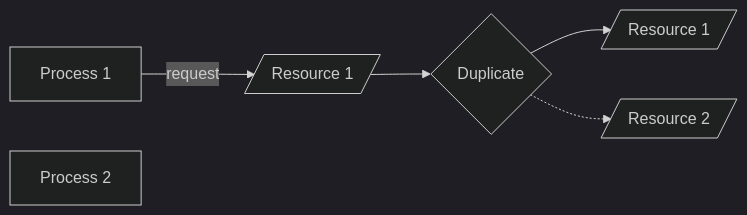
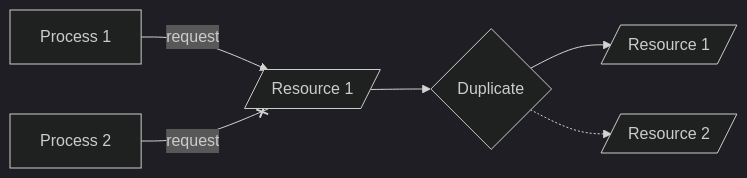
The fifth of 7 diagrams in master-blog/artifact/bu/575/research/Paper.md (SiegeSailor/vault-personal), drawn with Mermaid (dark theme) before and after one commit. The commit also changed other lines of this file, not shown here.

````diff
--- a/master-blog/artifact/bu/575/research/Paper.md
+++ b/master-blog/artifact/bu/575/research/Paper.md
@@ -125,8 +127,8 @@
 ```mermaid
 flowchart LR
 A[Process 1] -->|request| B[/Resource 1/]
 B --> D{Duplicate}
 D --> E[/Resource 1/]
 D -.-> F[/Resource 2/]
-C[Process 2]
+C[Process 2] --x|request| B
 ```
````
